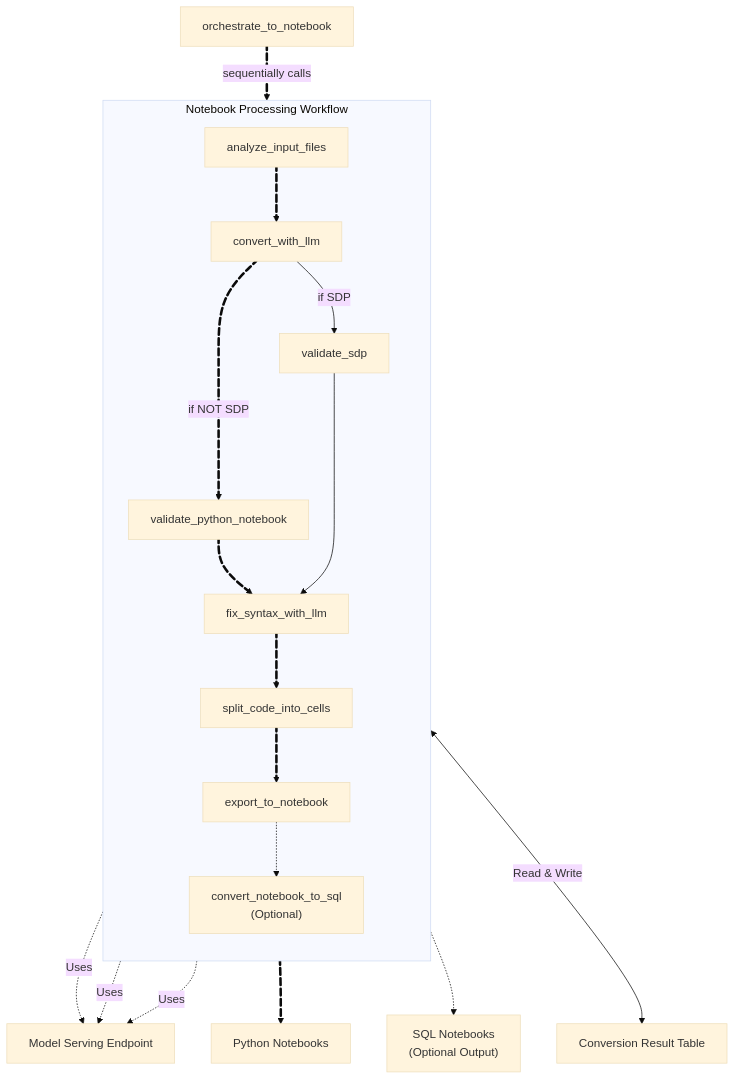
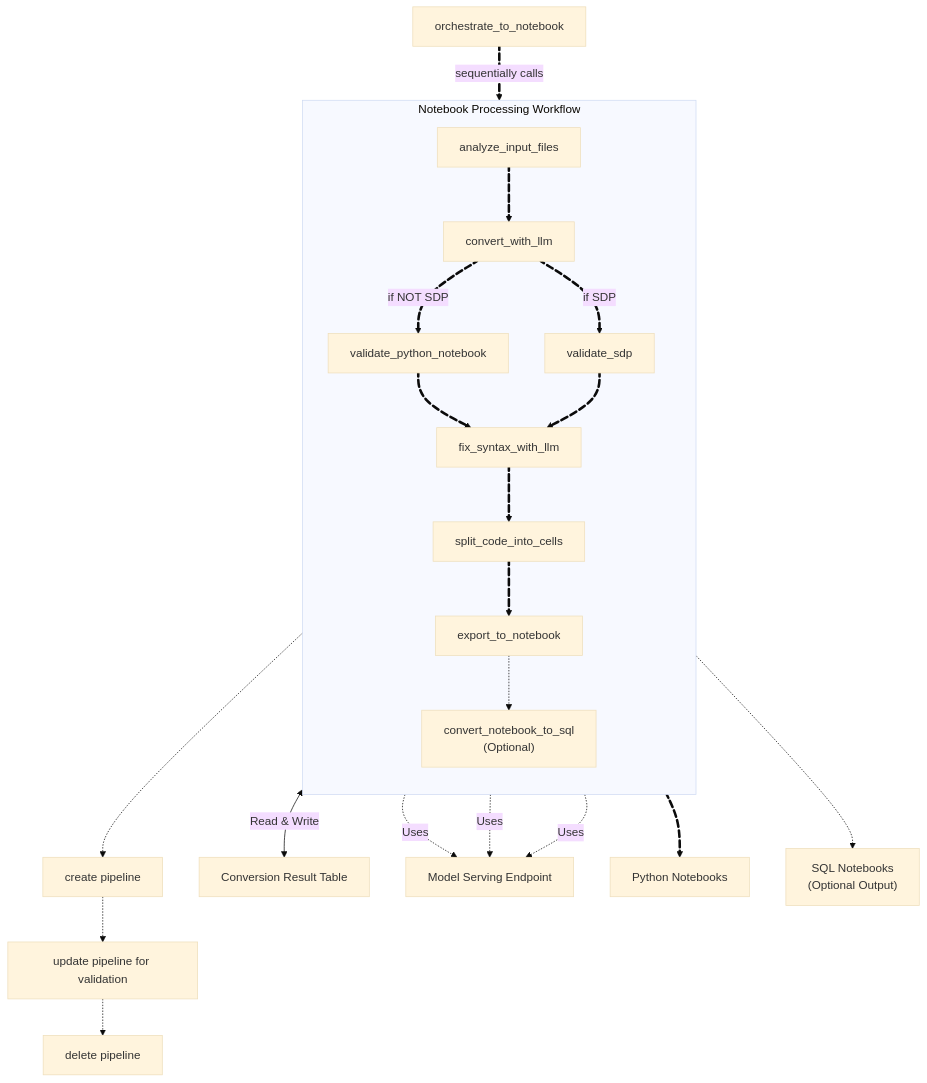
Before and after one commit to databrickslabs/lakebridge: the second of 3 diagrams in docs/lakebridge/docs/transpile/pluggable_transpilers/switch/index.mdx, drawn with Mermaid (base theme). The commit also changed other lines of this file, not shown here.

Commit message:
update switch doc for sdp support

````diff
--- a/docs/lakebridge/docs/transpile/pluggable_transpilers/switch/index.mdx
+++ b/docs/lakebridge/docs/transpile/pluggable_transpilers/switch/index.mdx
@@ -321,37 +334,44 @@
 ```mermaid
 flowchart TD
     orchestrator[orchestrate_to_notebook] e1@==>|sequentially calls| processing
 
     subgraph processing ["Notebook Processing Workflow"]
         direction TB
         analyze[analyze_input_files] e2@==> convert[convert_with_llm]
 
         %% Branch: decide validation path
-        convert -->|if SDP| validate_sdp[validate_sdp]
+        convert e8@==>|if SDP| validate_sdp[validate_sdp]
         convert e3@==>|if NOT SDP| validate_nb[validate_python_notebook]
 
         %% Downstream connections - both validations flow to fix_syntax
         validate_nb e4@==> fix[fix_syntax_with_llm]
-        validate_sdp ----> fix
+        validate_sdp e9@==> fix
 
         fix e5@==> split[split_code_into_cells]
         split e6@==> export[export_to_notebook]
         export -.-> sqlExport["convert_notebook_to_sql<br>(Optional)"]
     end
+
+    %% SDP validation pipeline operations 
+    validate_sdp -.-> create_pipeline[create pipeline]
+    create_pipeline -.-> update_pipeline[update pipeline for validation]
+    update_pipeline -.-> delete_pipeline[delete pipeline]
 
     processing <-->|Read & Write| table[Conversion Result Table]
 
     convert -.->|Uses| endpoint[Model Serving Endpoint]
     fix -.->|Uses| endpoint
     sqlExport -.->|Uses| endpoint
 
     export e7@==> notebooks[Python Notebooks]
     sqlExport -.-> sqlNotebooks["SQL Notebooks<br>(Optional Output)"]
     e1@{ animate: true }
     e2@{ animate: true }
     e3@{ animate: true }
     e4@{ animate: true }
     e5@{ animate: true }
     e6@{ animate: true }
     e7@{ animate: true }
+    e8@{ animate: true }
+    e9@{ animate: true }
 ```
````
